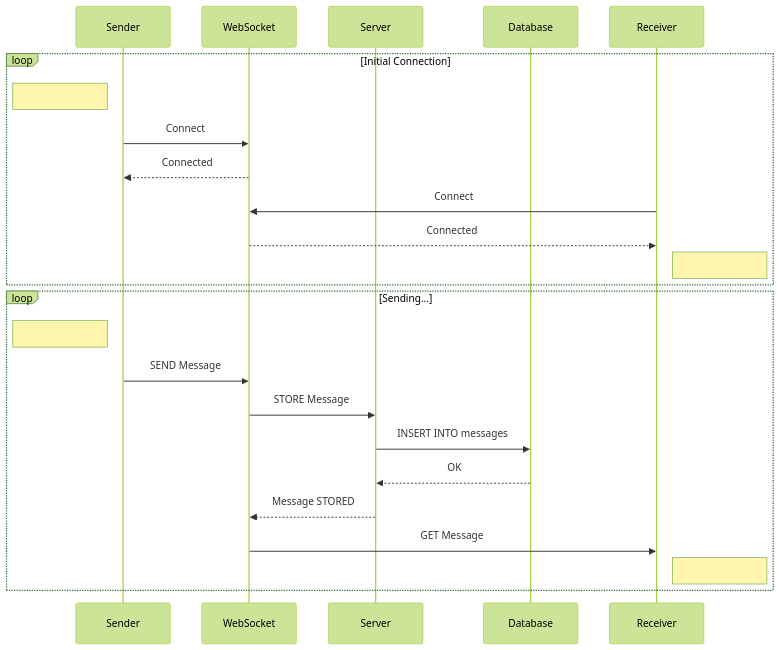
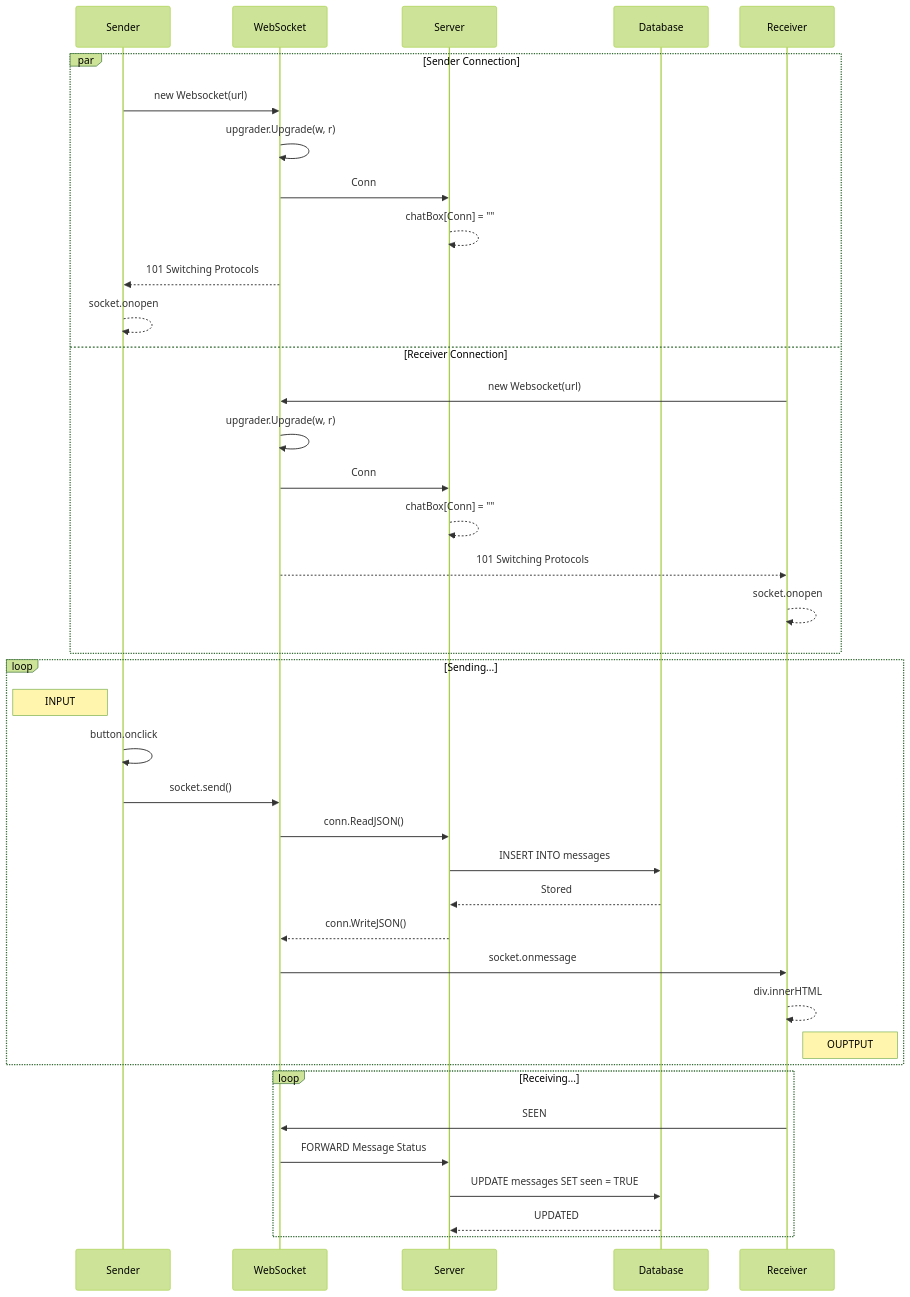
The eighth of 10 diagrams in README.md (mamadbah2/social-network), drawn with Mermaid (forest theme) before and after one commit. The commit also changed other lines of this file, not shown here.

Commit message:
Chat Sequence Diagram...

````diff
--- a/README.md
+++ b/README.md
@@ -398,28 +398,44 @@
 ```mermaid
 sequenceDiagram
     Participant Sender
     Participant WebSocket
     Participant Server
     Participant Database
     Participant Receiver
 
-    loop Initial Connection
-        Note left of Sender: 
-        Sender ->> WebSocket: Connect
-        WebSocket -->> Sender: Connected
-        Receiver ->> WebSocket: Connect
-        WebSocket -->> Receiver: Connected
-        Note right of Receiver: 
+    par Sender Connection
+        Sender ->> WebSocket: new Websocket(url)
+        WebSocket ->> WebSocket: upgrader.Upgrade(w, r)
+        WebSocket ->> Server: Conn
+        Server -->> Server: chatBox[Conn] = ""
+        WebSocket -->> Sender: 101 Switching Protocols
+        Sender -->> Sender: socket.onopen
+    and Receiver Connection
+        Receiver ->> WebSocket: new Websocket(url)
+        WebSocket ->> WebSocket: upgrader.Upgrade(w, r)
+        WebSocket ->> Server: Conn
+        Server -->> Server: chatBox[Conn] = ""
+        WebSocket -->> Receiver: 101 Switching Protocols
+        Receiver -->> Receiver: socket.onopen
     end
 
     loop Sending...
-        Note left of Sender: 
-        Sender ->> WebSocket: SEND Message
-        WebSocket ->> Server: STORE Message
+        Note left of Sender: INPUT
+        Sender ->> Sender: button.onclick
+        Sender ->> WebSocket: socket.send()
+        WebSocket ->> Server: conn.ReadJSON()
         Server ->> Database: INSERT INTO messages
-        Database -->> Server: OK
-        Server -->> WebSocket: Message STORED
-        WebSocket ->> Receiver: GET Message
-        Note right of Receiver: 
+        Database -->> Server: Stored
+        Server -->> WebSocket: conn.WriteJSON()
+        WebSocket ->> Receiver: socket.onmessage
+        Receiver -->> Receiver: div.innerHTML
+        Note right of Receiver: OUPTPUT
+    end
+
+    loop Receiving...
+        Receiver ->> WebSocket: SEEN
+        WebSocket ->> Server: FORWARD Message Status
+        Server ->> Database: UPDATE messages SET seen = TRUE
+        Database -->> Server: UPDATED
     end
 ```
````
